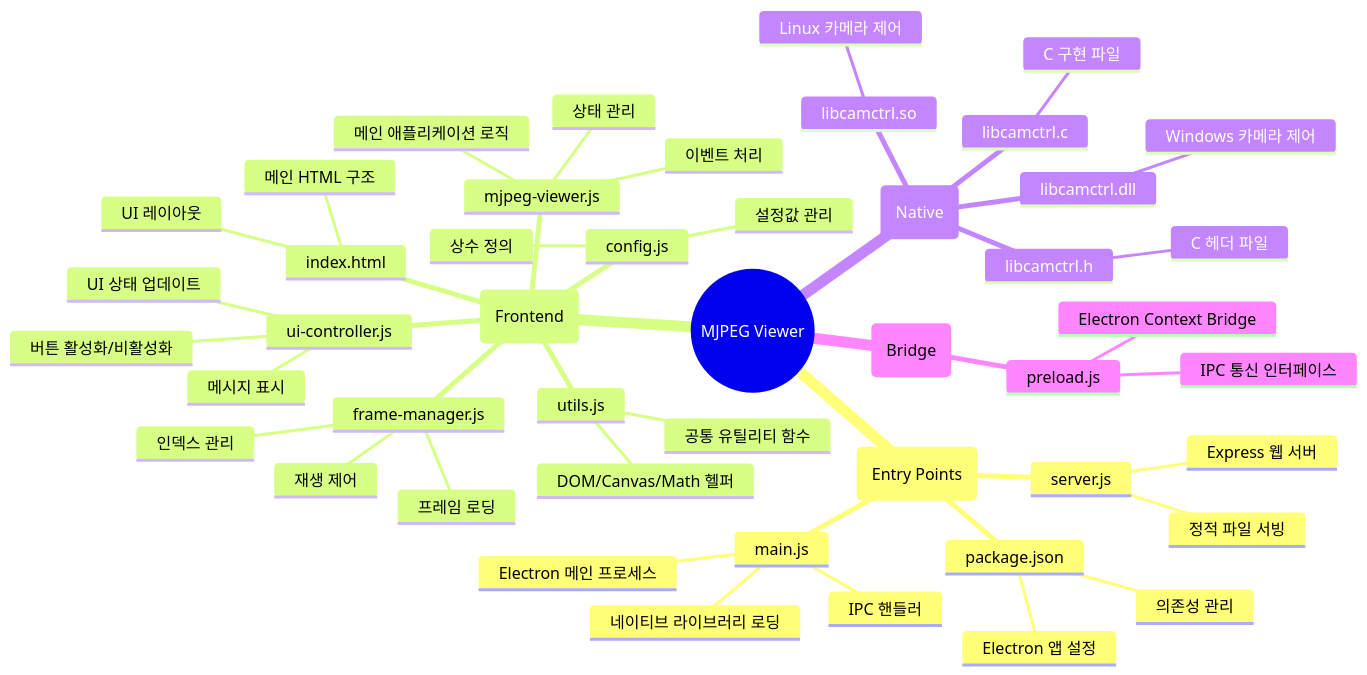
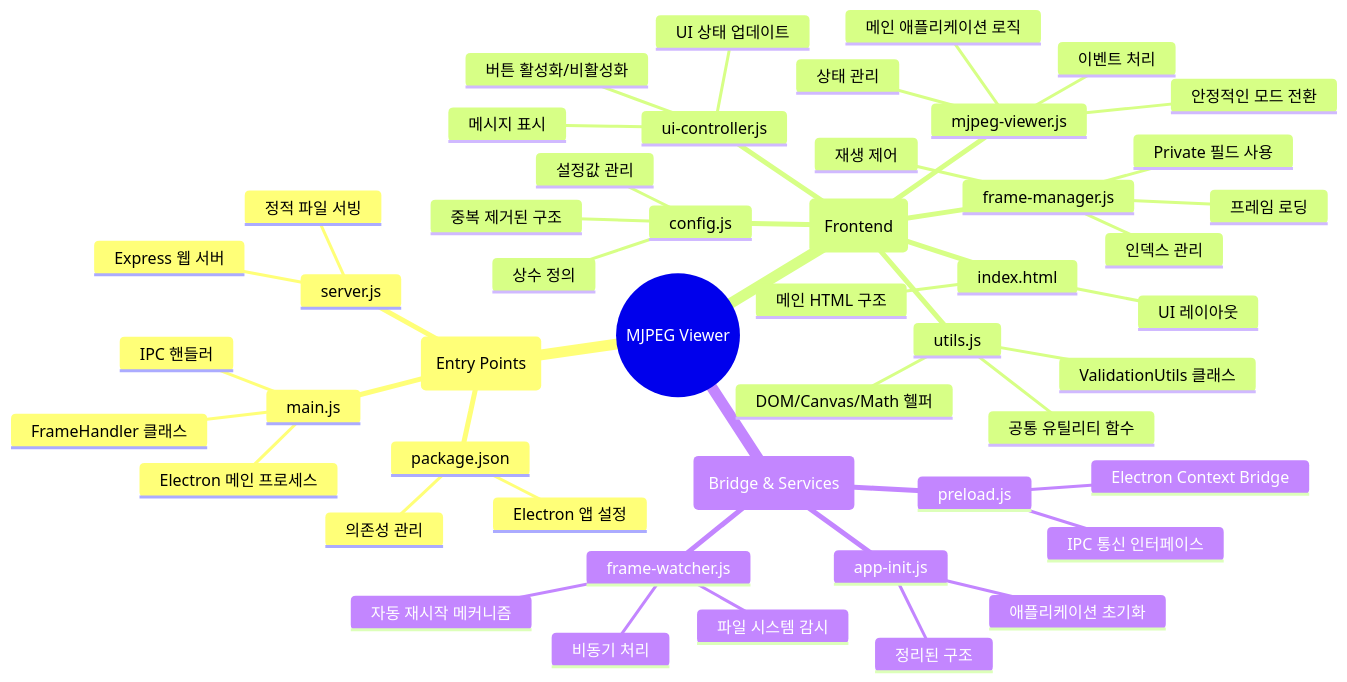
The second of 4 diagrams in README.md (ddonyo/camera), drawn with Mermaid before and after one commit. The commit also changed other lines of this file and 124 other files, not shown here.

````diff
--- a/README.md
+++ b/README.md
@@ -243,50 +206,52 @@
 ```mermaid
 mindmap
   root((MJPEG Viewer))
     (Entry Points)
       package.json
         Electron 앱 설정
         의존성 관리
       main.js
         Electron 메인 프로세스
-        네이티브 라이브러리 로딩
+        FrameHandler 클래스
         IPC 핸들러
       server.js
         Express 웹 서버
         정적 파일 서빙
     (Frontend)
       index.html
         메인 HTML 구조
         UI 레이아웃
       mjpeg-viewer.js
         메인 애플리케이션 로직
         상태 관리
         이벤트 처리
+        안정적인 모드 전환
       frame-manager.js
         프레임 로딩
         재생 제어
         인덱스 관리
+        Private 필드 사용
       ui-controller.js
         UI 상태 업데이트
         버튼 활성화/비활성화
         메시지 표시
       config.js
         상수 정의
         설정값 관리
+        중복 제거된 구조
       utils.js
         공통 유틸리티 함수
+        ValidationUtils 클래스
         DOM/Canvas/Math 헬퍼
-    (Native)
-      libcamctrl.dll
-        Windows 카메라 제어
-      libcamctrl.so
-        Linux 카메라 제어
-      libcamctrl.h
-        C 헤더 파일
-      libcamctrl.c
-        C 구현 파일
-    (Bridge)
+    (Bridge & Services)
       preload.js
         Electron Context Bridge
         IPC 통신 인터페이스
+      frame-watcher.js
+        파일 시스템 감시
+        자동 재시작 메커니즘
+        비동기 처리
+      app-init.js
+        애플리케이션 초기화
+        정리된 구조
 ```
````
